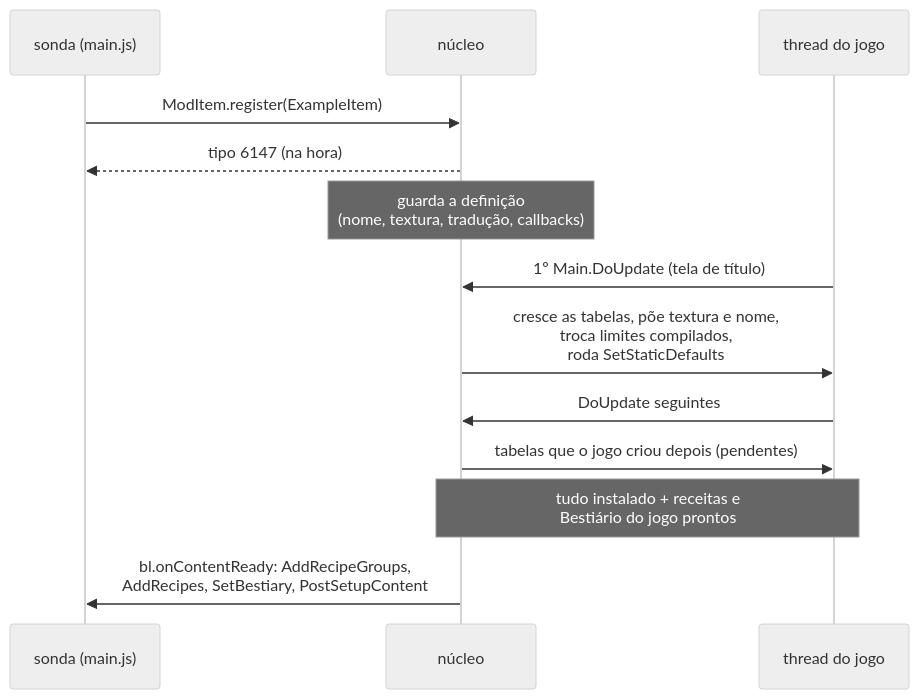
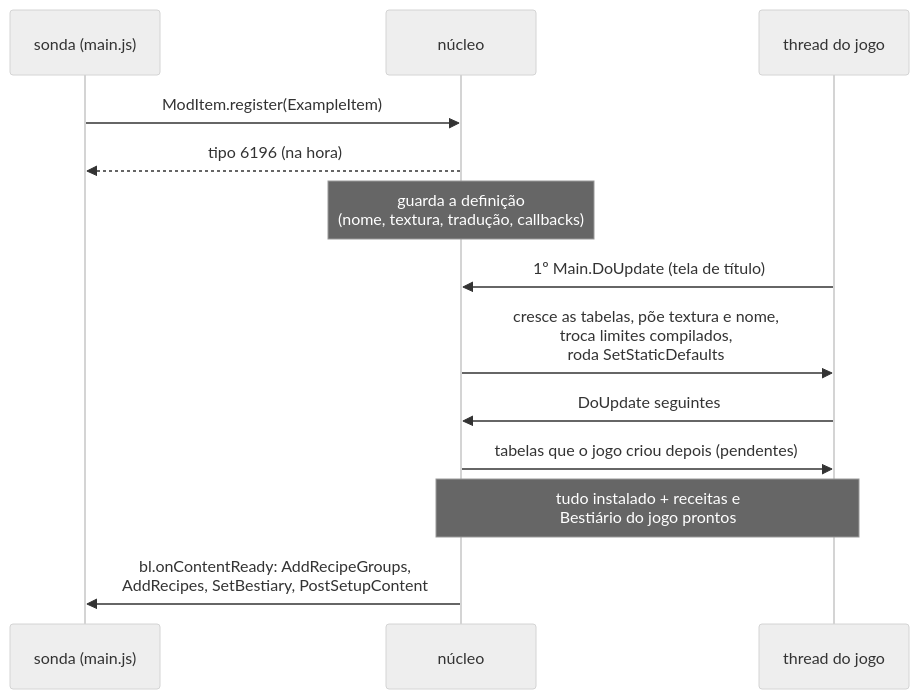
Before and after one commit to JonataOliveiraa/Bunny-Loader: the diagram in docs/nucleo/conteudo.md, drawn with Mermaid (neutral theme). The commit also changed other lines of this file and 148 other files, not shown here.

````diff
--- a/docs/nucleo/conteudo.md
+++ b/docs/nucleo/conteudo.md
@@ -41,15 +44,15 @@
 ```mermaid
 sequenceDiagram
     participant S as sonda (main.js)
     participant N as núcleo
     participant G as thread do jogo
     S->>N: ModItem.register(ExampleItem)
-    N-->>S: tipo 6147 (na hora)
+    N-->>S: tipo 6196 (na hora)
     Note over N: guarda a definição<br/>(nome, textura, tradução, callbacks)
     G->>N: 1º Main.DoUpdate (tela de título)
     N->>G: cresce as tabelas, põe textura e nome,<br/>troca limites compilados,<br/>roda SetStaticDefaults
     G->>N: DoUpdate seguintes
     N->>G: tabelas que o jogo criou depois (pendentes)
     Note over N,G: tudo instalado + receitas e<br/>Bestiário do jogo prontos
     N->>S: bl.onContentReady: AddRecipeGroups,<br/>AddRecipes, SetBestiary, PostSetupContent
 ```
````
